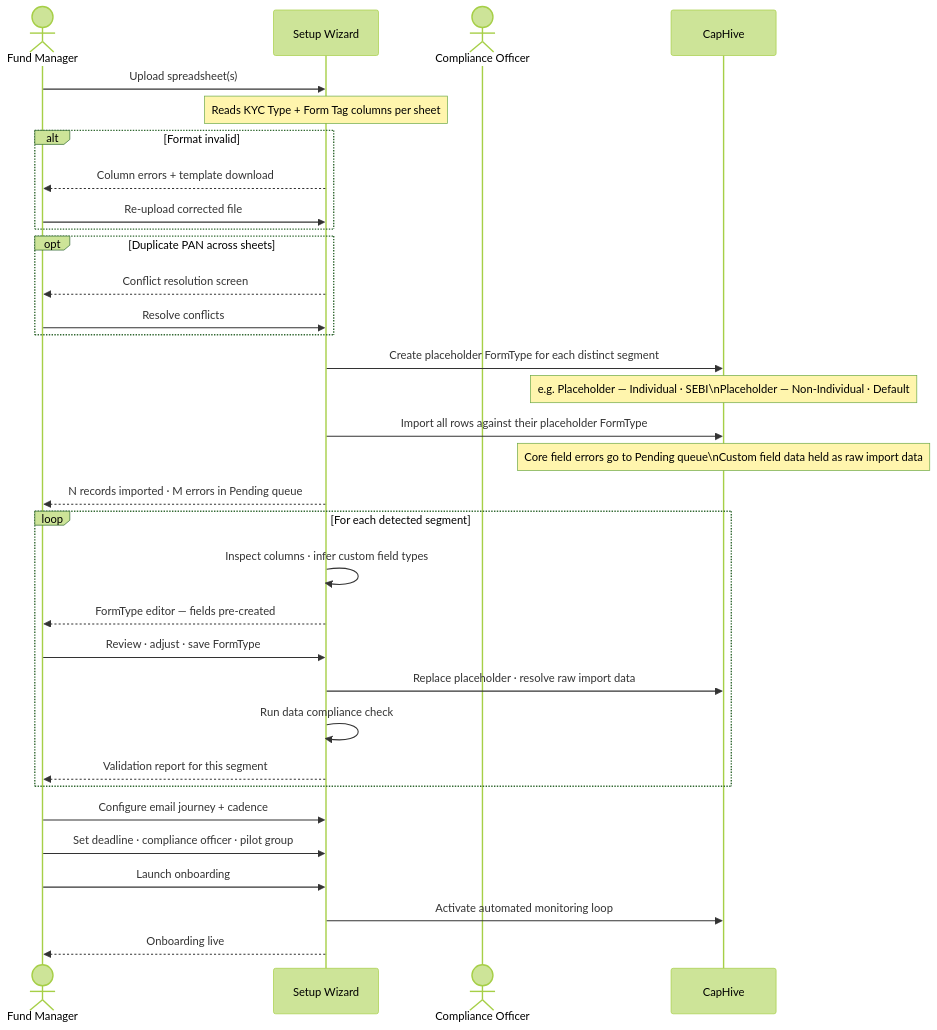
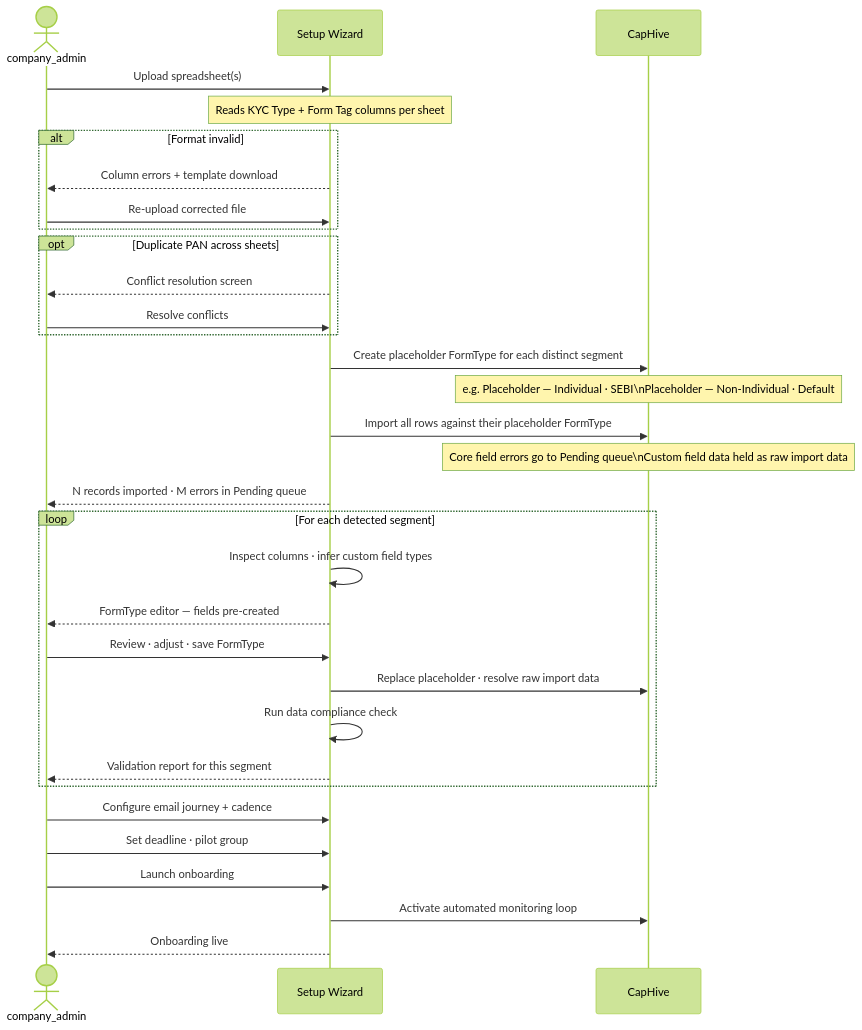
One commit to sampadadiwan/IRM_CompanyMain changed the second of 11 diagrams in docs/features/autonomous_kyc_onboarding_prd.md. Above: the diagram before and after it, drawn with Mermaid (forest theme). The commit also changed other lines of this file and 3 other files, not shown here.

````diff
--- a/docs/features/autonomous_kyc_onboarding_prd.md
+++ b/docs/features/autonomous_kyc_onboarding_prd.md
@@ -137,43 +152,42 @@
 ```mermaid
 sequenceDiagram
-    actor FM as Fund Manager
+    actor FM as company_admin
     participant W as Setup Wizard
-    actor CO as Compliance Officer
     participant DB as CapHive
 
     FM->>W: Upload spreadsheet(s)
     Note over W: Reads KYC Type + Form Tag columns per sheet
 
     alt Format invalid
         W-->>FM: Column errors + template download
         FM->>W: Re-upload corrected file
     end
 
     opt Duplicate PAN across sheets
         W-->>FM: Conflict resolution screen
         FM->>W: Resolve conflicts
     end
 
     W->>DB: Create placeholder FormType for each distinct segment
     Note over DB: e.g. Placeholder — Individual · SEBI\nPlaceholder — Non-Individual · Default
 
     W->>DB: Import all rows against their placeholder FormType
     Note over DB: Core field errors go to Pending queue\nCustom field data held as raw import data
 
     W-->>FM: N records imported · M errors in Pending queue
 
     loop For each detected segment
         W->>W: Inspect columns · infer custom field types
         W-->>FM: FormType editor — fields pre-created
         FM->>W: Review · adjust · save FormType
         W->>DB: Replace placeholder · resolve raw import data
         W->>W: Run data compliance check
         W-->>FM: Validation report for this segment
     end
 
     FM->>W: Configure email journey + cadence
-    FM->>W: Set deadline · compliance officer · pilot group
+    FM->>W: Set deadline · pilot group
     FM->>W: Launch onboarding
     W->>DB: Activate automated monitoring loop
     W-->>FM: Onboarding live
 ```
````
